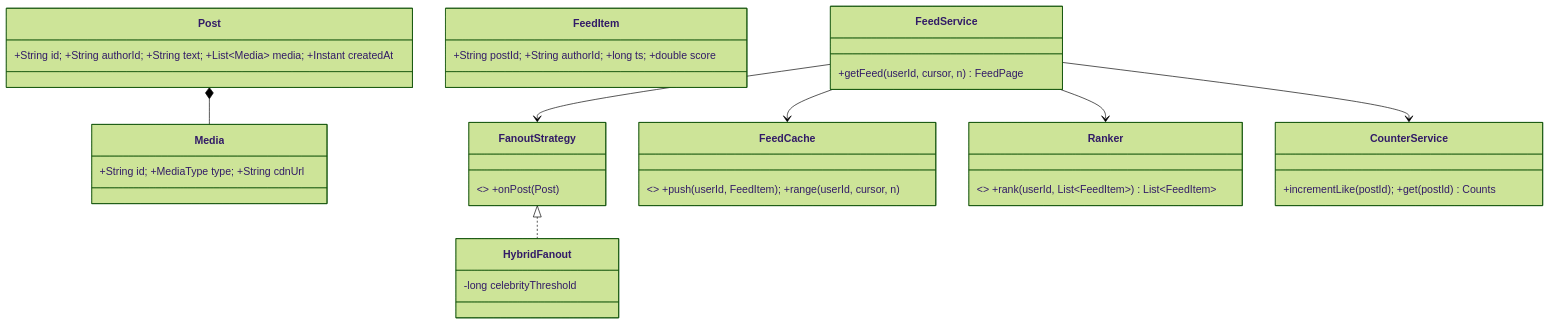
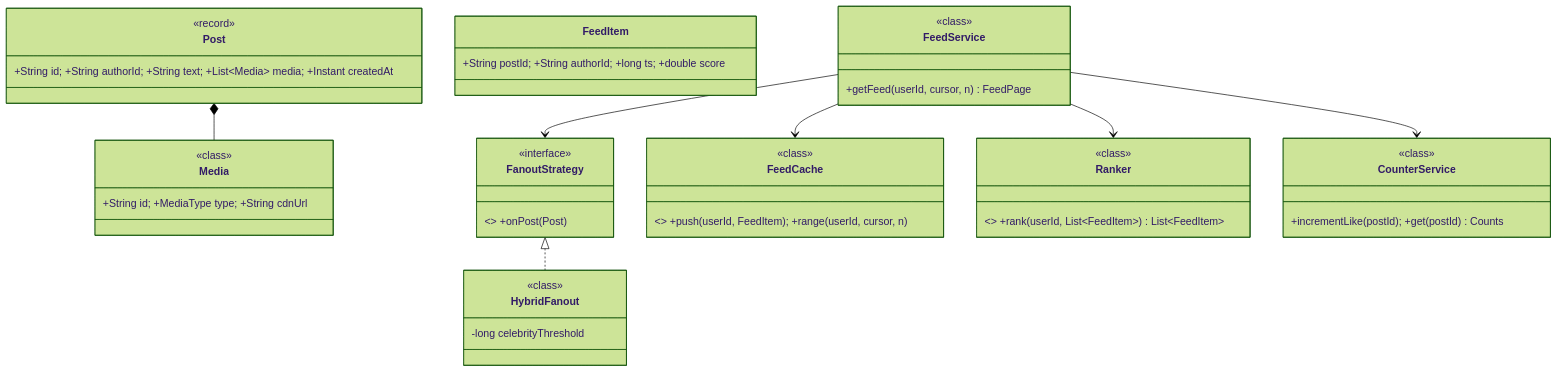
Before and after one commit to amarkum/amarkumar.guru: the first of 2 diagrams in system-design/lld/14-news-feed.md, drawn with Mermaid (forest theme). The commit also changed 27 other files, not shown here.

Commit message:
Label every UML type as interface, enumeration, abstract, record or class, add missing enums, and colour-code them.

````diff
--- a/system-design/lld/14-news-feed.md
+++ b/system-design/lld/14-news-feed.md
@@ -39,18 +39,42 @@
 ```mermaid
 classDiagram
     class Post { +String id; +String authorId; +String text; +List~Media~ media; +Instant createdAt }
     class Media { +String id; +MediaType type; +String cdnUrl }
     class FeedItem { +String postId; +String authorId; +long ts; +double score }
     class FanoutStrategy { <<interface>> +onPost(Post) }
     class HybridFanout { -long celebrityThreshold }
     class FeedCache { <<interface>> +push(userId, FeedItem); +range(userId, cursor, n) }
     class Ranker { <<interface>> +rank(userId, List~FeedItem~) List~FeedItem~ }
     class FeedService { +getFeed(userId, cursor, n) FeedPage }
     class CounterService { +incrementLike(postId); +get(postId) Counts }
     Post *-- Media
     FanoutStrategy <|.. HybridFanout
     FeedService --> FeedCache
     FeedService --> Ranker
     FeedService --> FanoutStrategy
     FeedService --> CounterService
+    class FeedService {
+      <<class>>
+    }
+    class FanoutStrategy {
+      <<interface>>
+    }
+    class FeedCache {
+      <<class>>
+    }
+    class CounterService {
+      <<class>>
+    }
+    class Post {
+      <<record>>
+    }
+    class Media {
+      <<class>>
+    }
+    class Ranker {
+      <<class>>
+    }
+    class HybridFanout {
+      <<class>>
+    }
 ```
````
